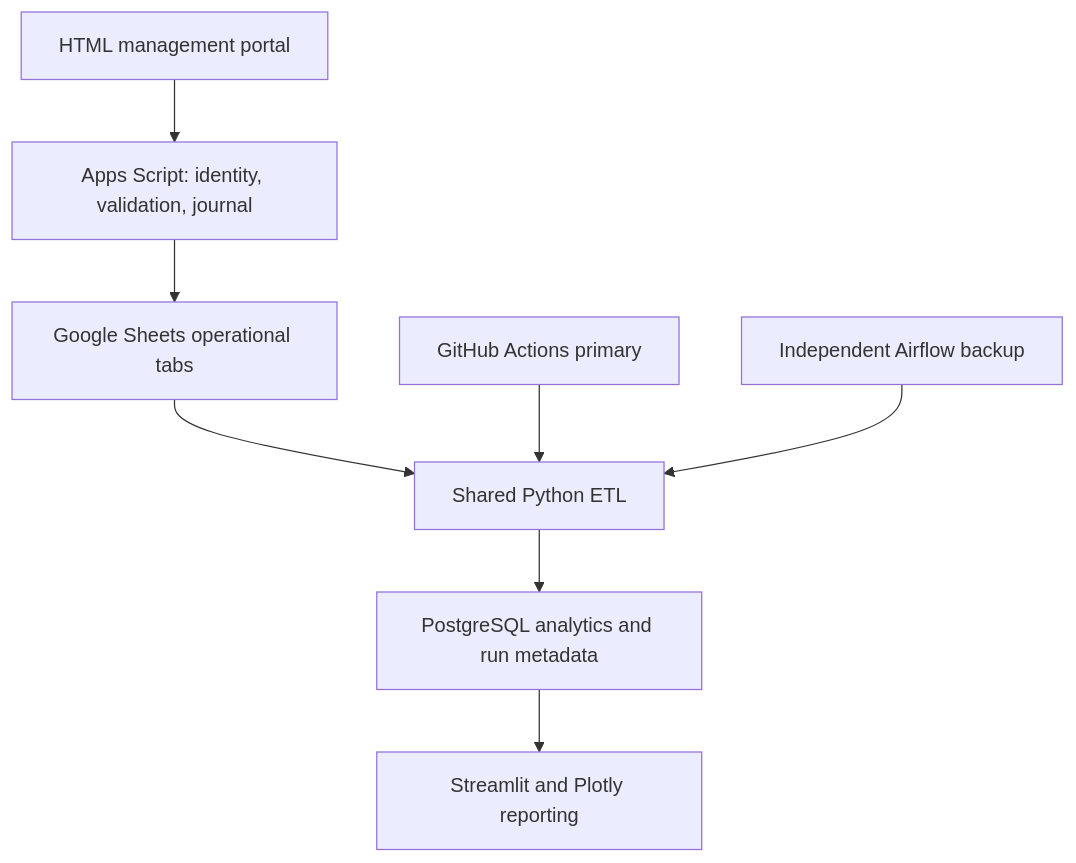
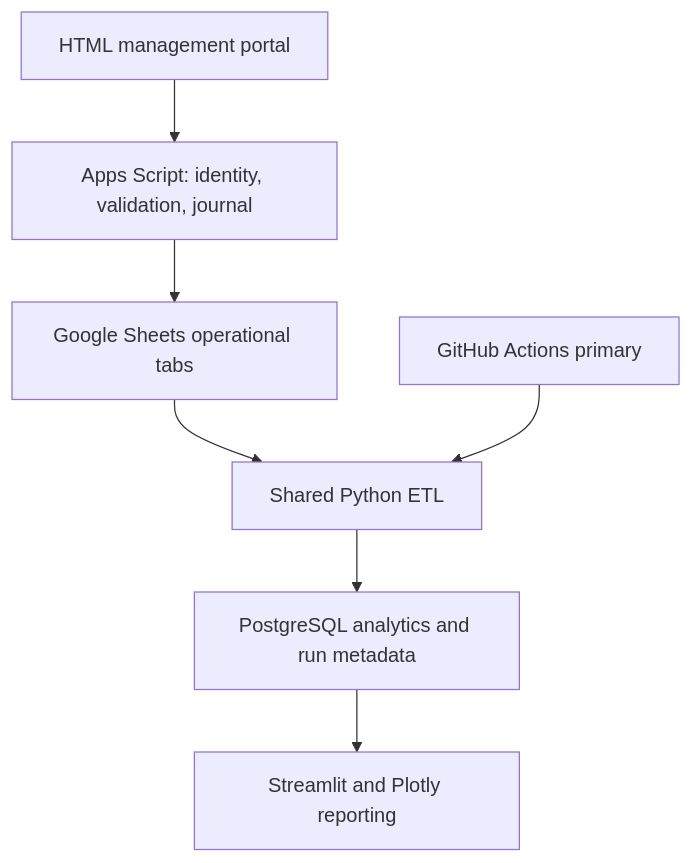
The diagram in docs/architecture.md (srijabiswas-01/automated-bi-reporting-pipeline), drawn with Mermaid before and after one commit. The commit also changed other lines of this file and 37 other files, not shown here.

````diff
--- a/docs/architecture.md
+++ b/docs/architecture.md
@@ -3,10 +3,9 @@
 ```mermaid
 flowchart TD
     Portal[HTML management portal] --> Apps[Apps Script: identity, validation, journal]
     Apps --> Sheets[Google Sheets operational tabs]
     Sheets --> ETL[Shared Python ETL]
     GitHub[GitHub Actions primary] --> ETL
-    Airflow[Independent Airflow backup] --> ETL
     ETL --> PG[PostgreSQL analytics and run metadata]
     PG --> BI[Streamlit and Plotly reporting]
 ```
````
